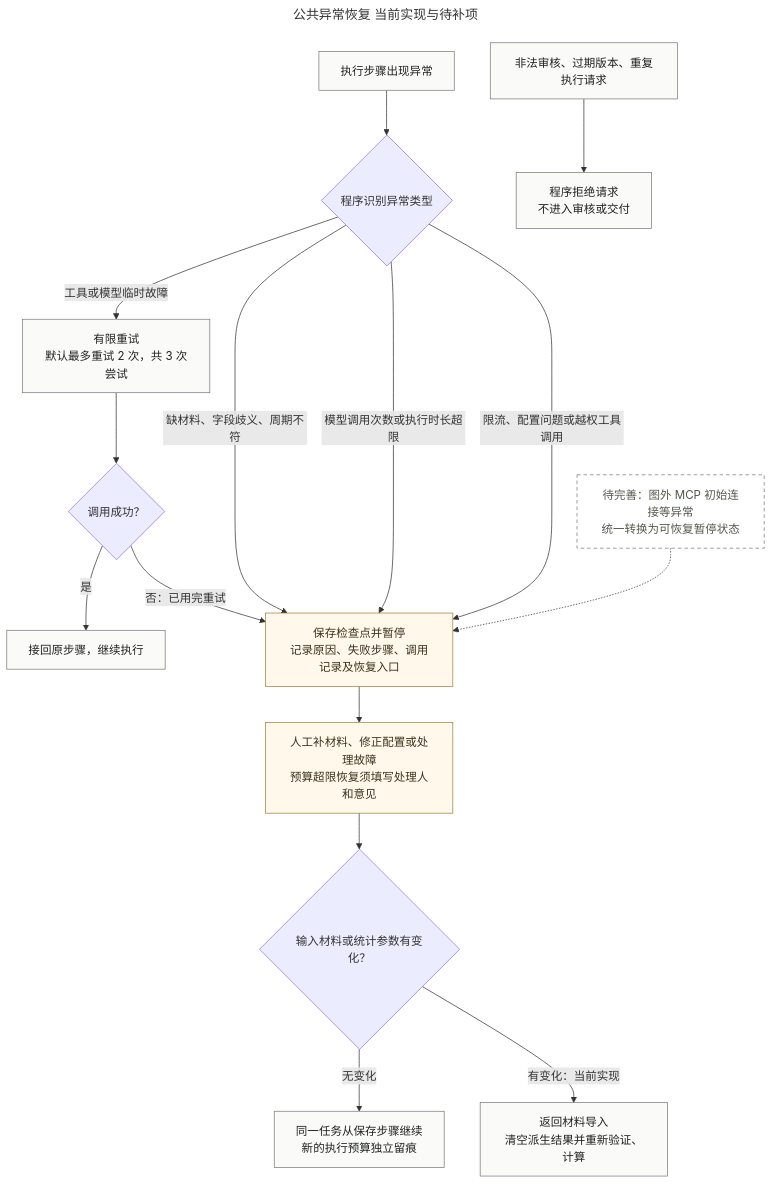
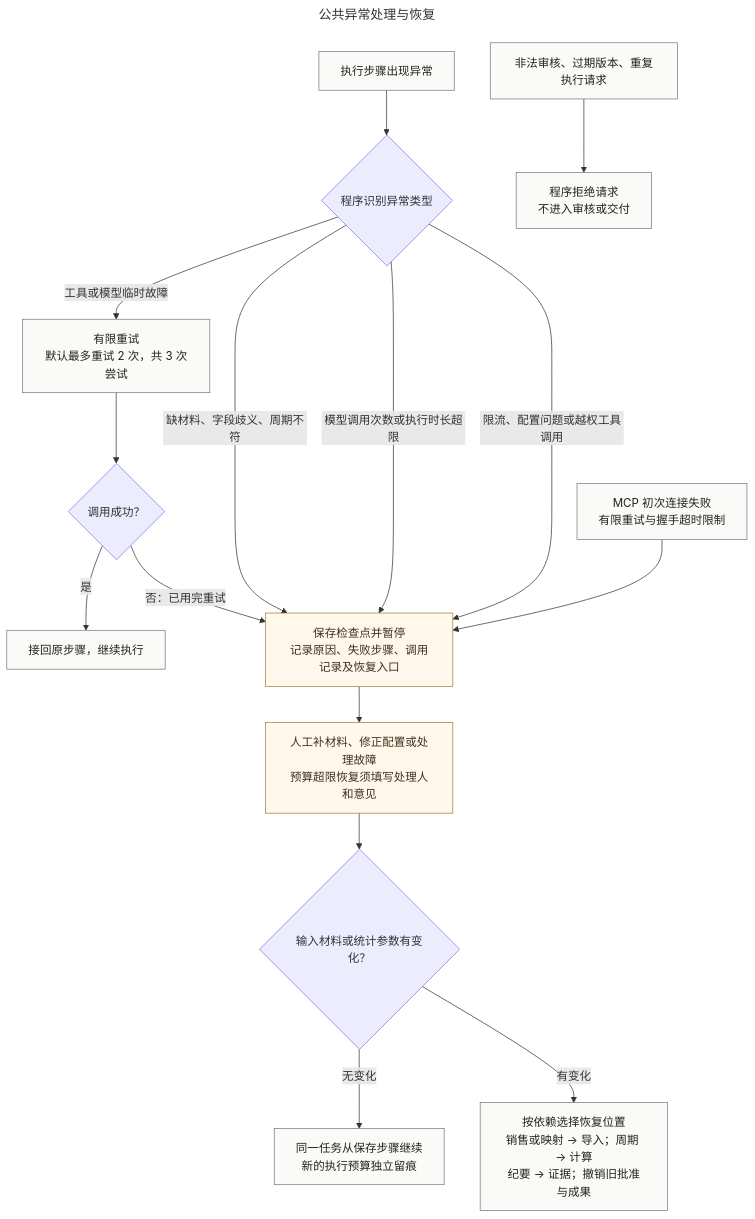
The diagram in docs/diagrams/weekly-report-recovery.mmd (woliekaile47/weekly-report-agent), drawn with Mermaid before and after one commit. The commit also changed 42 other files, not shown here.

```diff
--- a/docs/diagrams/weekly-report-recovery.mmd
+++ b/docs/diagrams/weekly-report-recovery.mmd
@@ -1,30 +1,30 @@
 ---
-title: 公共异常恢复 当前实现与待补项
+title: 公共异常处理与恢复
 ---
 flowchart TB
     accTitle: 经营周报员工公共异常处理与恢复设计
-    accDescr: 临时故障有限重试，材料问题和预算超限直接暂停；恢复时检查材料是否变化，决定从原步骤继续还是重新导入。图外连接故障统一进入暂停属于待完善项。
+    accDescr: 工具、模型临时故障和MCP启动故障有限重试后暂停，材料问题和预算超限直接暂停；恢复时按材料依赖选择返回节点。
 
     EVENT["执行步骤出现异常"] --> TYPE{"程序识别异常类型"}
     TYPE -->|工具或模型临时故障| RETRY["有限重试<br/>默认最多重试 2 次，共 3 次尝试"]
     RETRY --> RESULT{"调用成功？"}
     RESULT -->|是| CONTINUE["接回原步骤，继续执行"]
     RESULT -->|否：已用完重试| PAUSE["保存检查点并暂停<br/>记录原因、失败步骤、调用记录及恢复入口"]
     TYPE -->|缺材料、字段歧义、周期不符| PAUSE
     TYPE -->|模型调用次数或执行时长超限| PAUSE
     TYPE -->|限流、配置问题或越权工具调用| PAUSE
-    OUTSIDE["待完善：图外 MCP 初始连接等异常<br/>统一转换为可恢复暂停状态"] -.-> PAUSE
+    OUTSIDE["MCP 初次连接失败<br/>有限重试与握手超时限制"] --> PAUSE
 
     PAUSE --> HUMAN["人工补材料、修正配置或处理故障<br/>预算超限恢复须填写处理人和意见"]
     HUMAN --> CHANGE{"输入材料或统计参数有变化？"}
     CHANGE -->|无变化| RESUME["同一任务从保存步骤继续<br/>新的执行预算独立留痕"]
-    CHANGE -->|有变化：当前实现| REIMPORT["返回材料导入<br/>清空派生结果并重新验证、计算"]
+    CHANGE -->|有变化| REIMPORT["按依赖选择恢复位置<br/>销售或映射 → 导入；周期 → 计算<br/>纪要 → 证据；撤销旧批准与成果"]
 
     INVALID["非法审核、过期版本、重复执行请求"] --> REJECT["程序拒绝请求<br/>不进入审核或交付"]
 
     classDef main fill:#fafaf8,stroke:#777c74,color:#20241f;
     classDef manual fill:#fff8eb,stroke:#a47d39,color:#3e321e;
     classDef planned fill:#ffffff,stroke:#777c74,color:#53594e,stroke-dasharray:5 4;
     class EVENT,RETRY,CONTINUE,RESUME,REIMPORT,INVALID,REJECT main;
     class PAUSE,HUMAN manual;
-    class OUTSIDE planned;
+    class OUTSIDE main;
```
